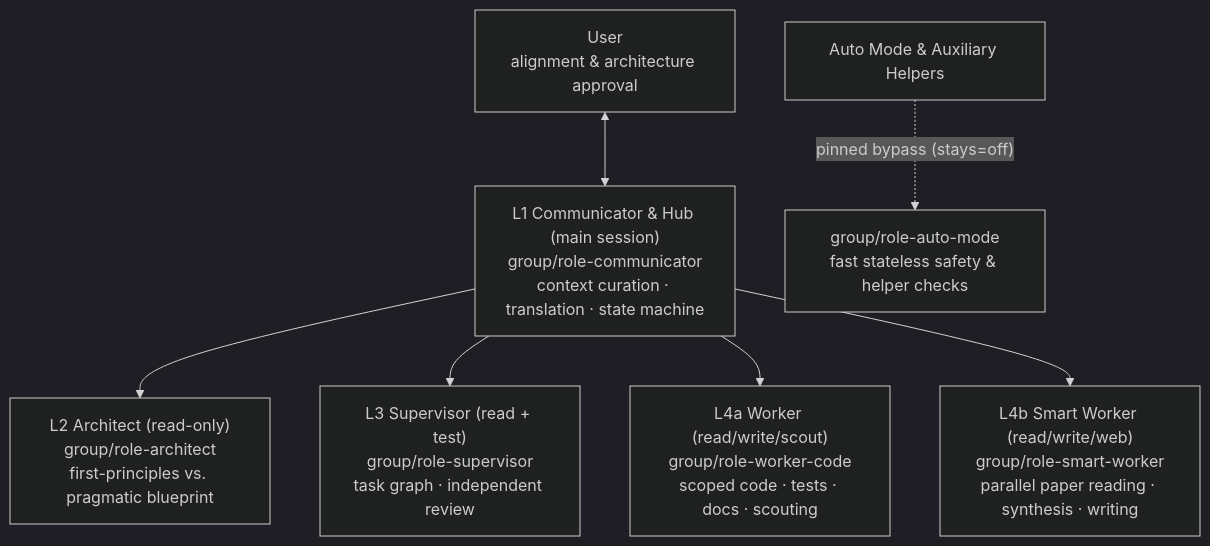
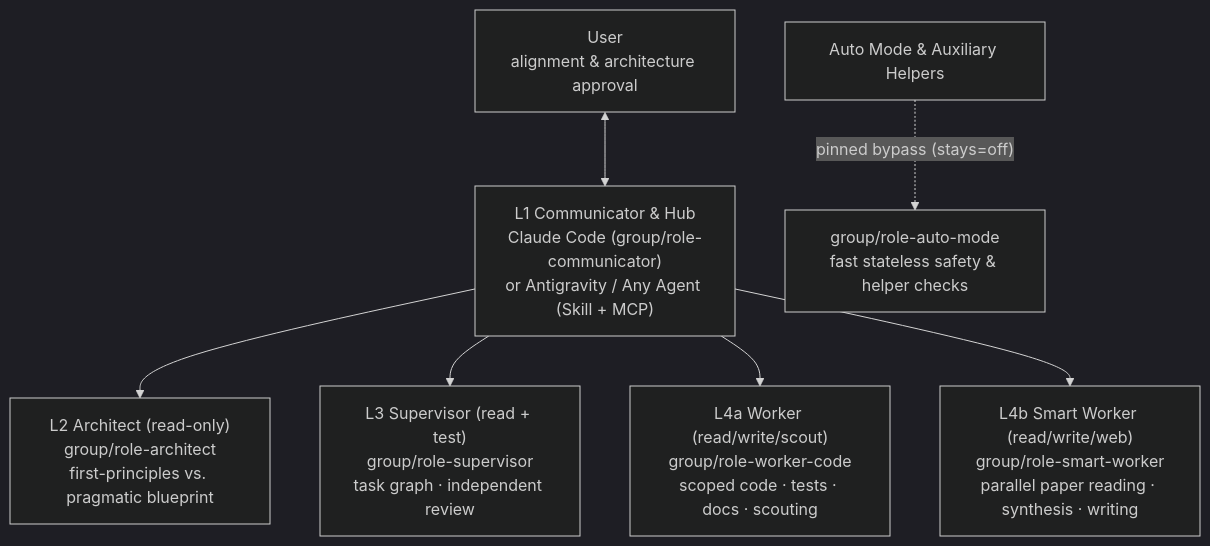
Before and after one commit to zhubaodian1027/commlaude: the diagram in README.md, drawn with Mermaid (dark theme). The commit also changed other lines of this file and 6 other files, not shown here.

Commit message:
Add stdlib stdio MCP server (bin/commlaude-mcp) and portable Antigravity skill

````diff
--- a/README.md
+++ b/README.md
@@ -22,11 +23,11 @@
 ```mermaid
 flowchart TB
-    U["User<br/>alignment & architecture approval"] <--> L1["L1 Communicator & Hub (main session)<br/>group/role-communicator<br/>context curation · translation · state machine"]
+    U["User<br/>alignment & architecture approval"] <--> L1["L1 Communicator & Hub<br/>Claude Code (group/role-communicator)<br/>or Antigravity / Any Agent (Skill + MCP)"]
 
     L1 --> L2["L2 Architect (read-only)<br/>group/role-architect<br/>first-principles vs. pragmatic blueprint"]
     L1 --> L3["L3 Supervisor (read + test)<br/>group/role-supervisor<br/>task graph · independent review"]
     L1 --> L4a["L4a Worker (read/write/scout)<br/>group/role-worker-code<br/>scoped code · tests · docs · scouting"]
     L1 --> L4b["L4b Smart Worker (read/write/web)<br/>group/role-smart-worker<br/>parallel paper reading · synthesis · writing"]
 
     AM["Auto Mode & Auxiliary Helpers"] -. "pinned bypass (stays=off)" .-> L5["group/role-auto-mode<br/>fast stateless safety & helper checks"]
 ```
````
